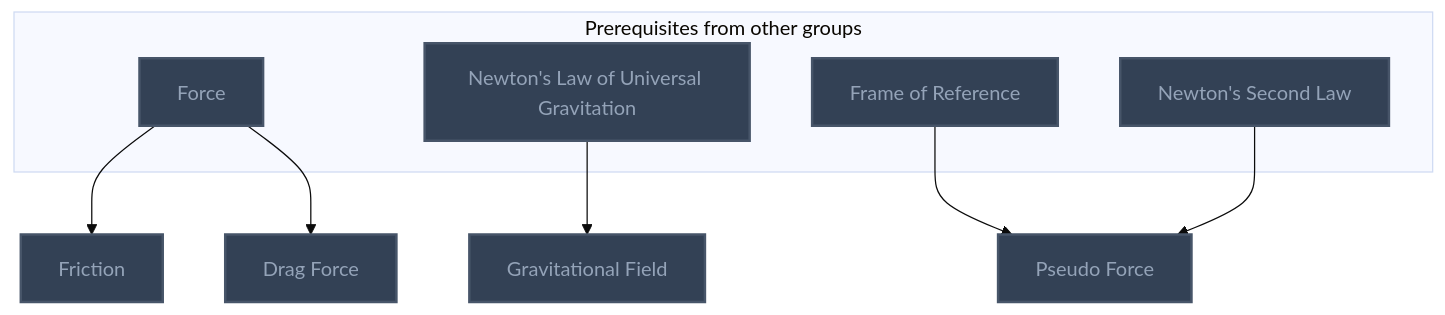
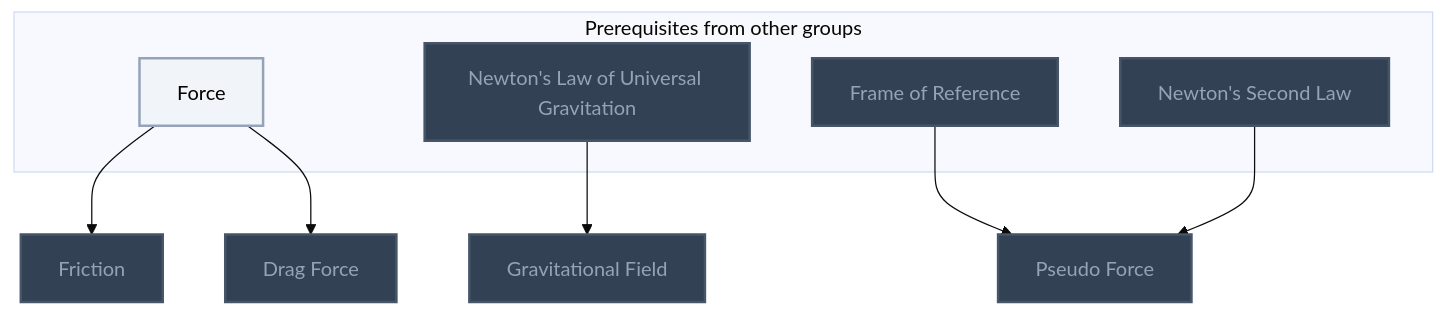
Diagram 12 of 15 in Gamification/Skill Trees/Classical Mechanics.md (MRauf1/My-Notes), drawn with Mermaid (base theme) before and after one commit. The commit also changed other lines of this file and 57 other files, not shown here.

````diff
--- a/Gamification/Skill Trees/Classical Mechanics.md
+++ b/Gamification/Skill Trees/Classical Mechanics.md
@@ -380,29 +384,30 @@
 ```mermaid
 flowchart TD
     classDef planned fill:#1E293B,stroke:#64748B,stroke-width:2px,stroke-dasharray:5 5,color:#94A3B8;
     classDef locked fill:#334155,stroke:#475569,stroke-width:2px,color:#94A3B8;
     classDef L0 fill:#F1F5F9,stroke:#94A3B8,stroke-width:2px,color:#000000;
     classDef L1 fill:#22C55E,stroke:#15803D,stroke-width:2px,color:#000000;
     classDef L2 fill:#3B82F6,stroke:#1D4ED8,stroke-width:3px,color:#FFFFFF;
     classDef L3 fill:#A855F7,stroke:#6B21A8,stroke-width:3px,color:#FFFFFF,font-weight:bold;
     classDef L4 fill:#F97316,stroke:#C2410C,stroke-width:4px,color:#000000,font-weight:bold;
     classDef L5 fill:#FFD700,stroke:#FF8C00,stroke-width:5px,color:#000000,font-weight:bold;
     classDef rusty stroke:#8B4513,stroke-width:4px,stroke-dasharray:3 3;
     subgraph sg_prereqs["Prerequisites from other groups"]
         n_force["Force"]
         n_newton_s_law_of_universal_gravitation["Newton's Law of Universal Gravitation"]
         n_frame_of_reference["Frame of Reference"]
         n_newton_s_second_law["Newton's Second Law"]
     end
     n_friction["Friction"]
     n_drag_force["Drag Force"]
     n_gravitational_field["Gravitational Field"]
     n_pseudo_force["Pseudo Force"]
     n_force --> n_friction
     n_force --> n_drag_force
     n_newton_s_law_of_universal_gravitation --> n_gravitational_field
     n_frame_of_reference --> n_pseudo_force
     n_newton_s_second_law --> n_pseudo_force
-    class n_force,n_newton_s_law_of_universal_gravitation,n_frame_of_reference,n_newton_s_second_law,n_friction,n_drag_force,n_gravitational_field,n_pseudo_force locked;
+    class n_newton_s_law_of_universal_gravitation,n_frame_of_reference,n_newton_s_second_law,n_friction,n_drag_force,n_gravitational_field,n_pseudo_force locked;
+    class n_force L0;
     class n_force,n_newton_s_law_of_universal_gravitation,n_frame_of_reference,n_newton_s_second_law,n_friction,n_drag_force,n_gravitational_field,n_pseudo_force internal-link;
 ```
````
